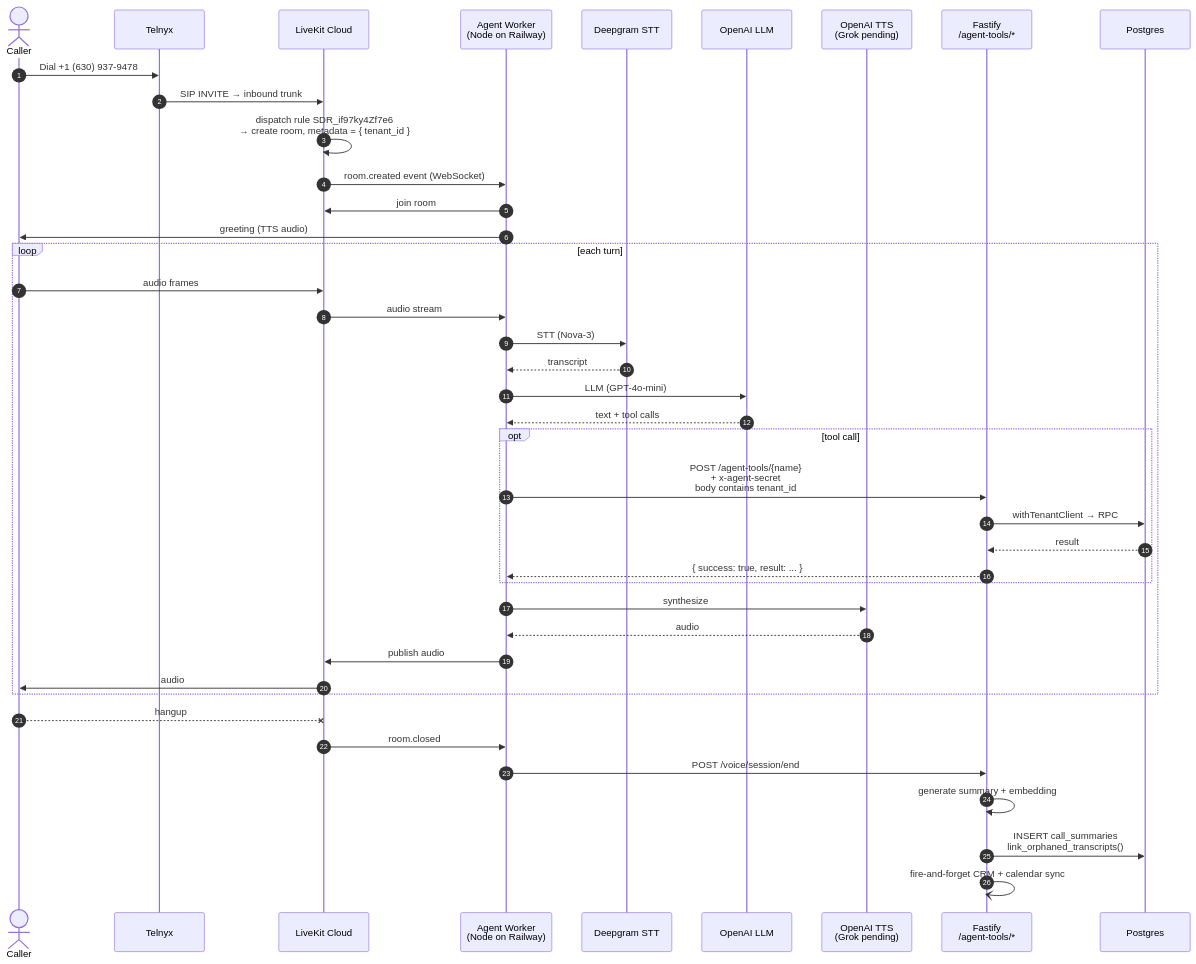
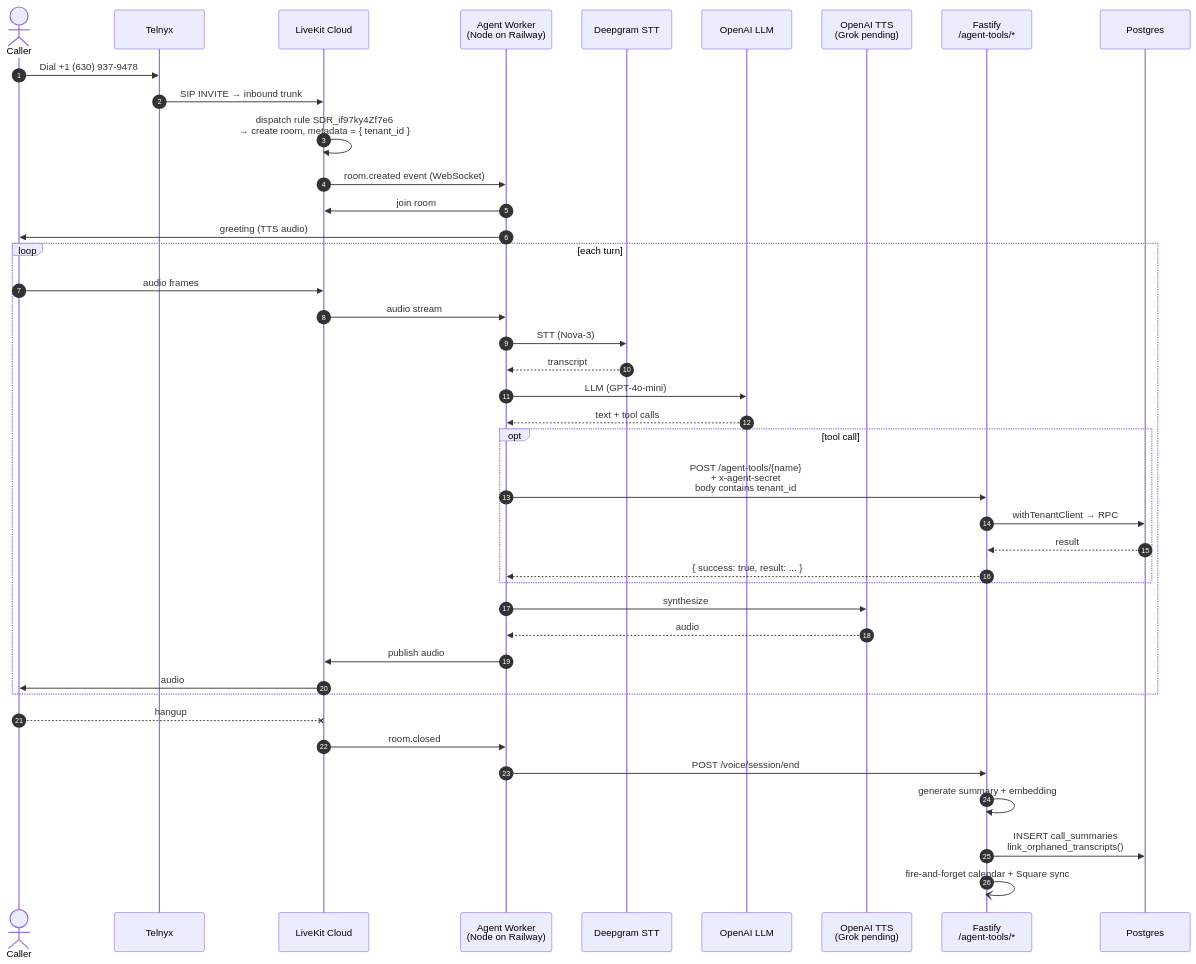
Before and after one commit to ddemott/ai-sec: the third of 11 diagrams in docs/DIAGRAMS.md, drawn with Mermaid. The commit also changed other lines of this file and 19 other files, not shown here.

````diff
--- a/docs/DIAGRAMS.md
+++ b/docs/DIAGRAMS.md
@@ -223,46 +223,46 @@
 ```mermaid
 sequenceDiagram
   autonumber
   actor Caller
   participant Telnyx
   participant LK as LiveKit Cloud
   participant Agent as Agent Worker<br/>(Node on Railway)
   participant DG as Deepgram STT
   participant OAI as OpenAI LLM
   participant TTS as OpenAI TTS<br/>(Grok pending)
   participant API as Fastify<br/>/agent-tools/*
   participant DB as Postgres
 
   Caller->>Telnyx: Dial +1 (630) 937-9478
   Telnyx->>LK: SIP INVITE → inbound trunk
   LK->>LK: dispatch rule SDR_if97ky4Zf7e6<br/>→ create room, metadata = { tenant_id }
   LK->>Agent: room.created event (WebSocket)
   Agent->>LK: join room
   Agent->>Caller: greeting (TTS audio)
 
   loop each turn
     Caller->>LK: audio frames
     LK->>Agent: audio stream
     Agent->>DG: STT (Nova-3)
     DG-->>Agent: transcript
     Agent->>OAI: LLM (GPT-4o-mini)
     OAI-->>Agent: text + tool calls
     opt tool call
       Agent->>API: POST /agent-tools/{name}<br/>+ x-agent-secret<br/>body contains tenant_id
       API->>DB: withTenantClient → RPC
       DB-->>API: result
       API-->>Agent: { success: true, result: ... }
     end
     Agent->>TTS: synthesize
     TTS-->>Agent: audio
     Agent->>LK: publish audio
     LK->>Caller: audio
   end
 
   Caller--xLK: hangup
   LK->>Agent: room.closed
   Agent->>API: POST /voice/session/end
   API->>API: generate summary + embedding
   API->>DB: INSERT call_summaries<br/>link_orphaned_transcripts()
-  API-)API: fire-and-forget CRM + calendar sync
+  API-)API: fire-and-forget calendar + Square sync
 ```
````
